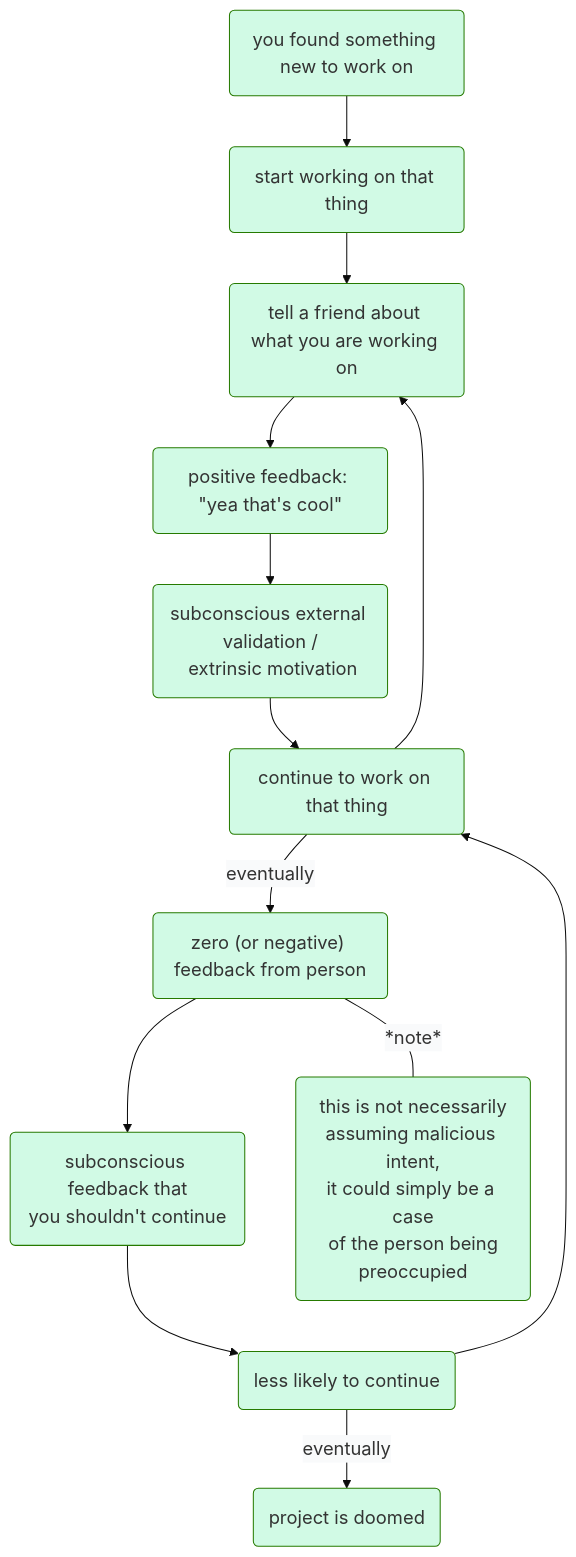
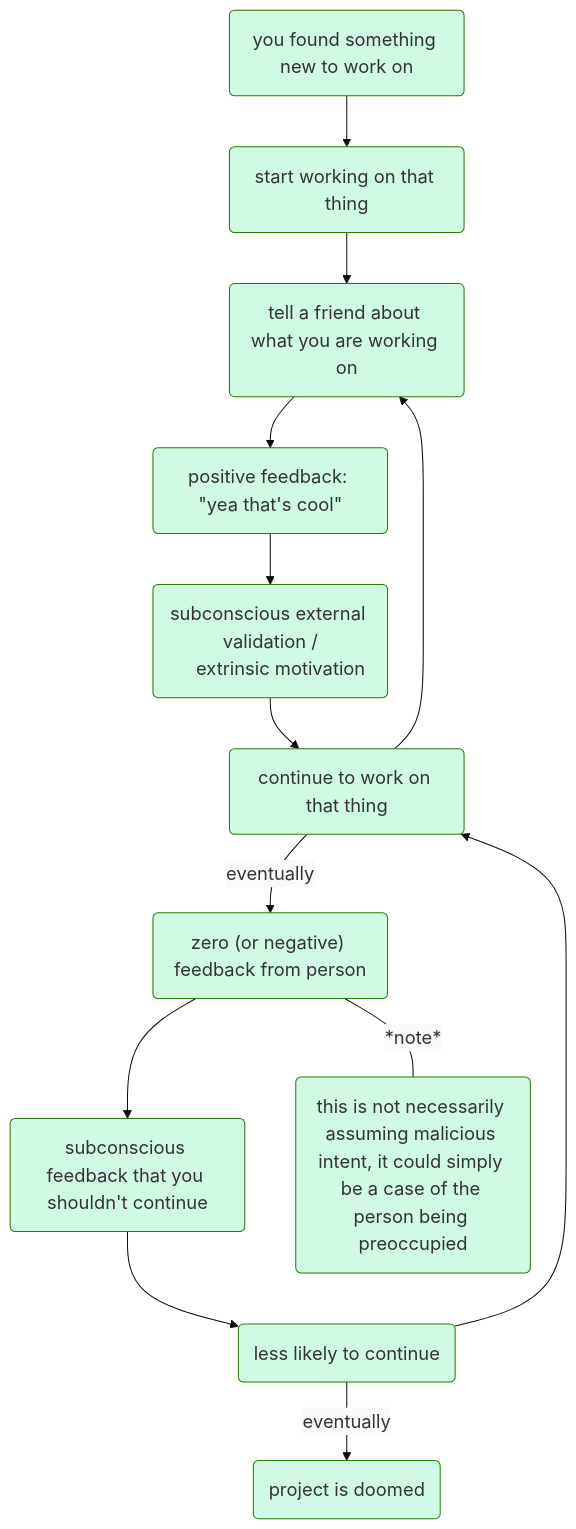
Before and after one commit to michael-aguilar-web/broccosite-v3: the first of 2 diagrams in brain-dump/2023-02-05-the-n2nbl-strategy.md, drawn with Mermaid. The commit also changed other lines of this file, not shown here.

Commit message:
fix bugged formatting

````diff
--- a/brain-dump/2023-02-05-the-n2nbl-strategy.md
+++ b/brain-dump/2023-02-05-the-n2nbl-strategy.md
@@ -19,30 +19,31 @@
 ```mermaid
 %%{
     init: {
         'theme': 'base',
         'themeVariables': {
             'fontFamily': 'Quicksand',
             'fontSize': '18px',
             'primaryColor': '#D1FAE5',
             'primaryBorderColor': '#267A00',
             'secondaryColor': '#F9FAFB'
         } ,
         'flowchart' : { 
             'curve' : 'bump' 
         }
     }
 }%%
 graph TD;
     A(you found something new to work on)-->B;
     B(start working on that thing)-->C;
     C(tell a friend about what you are working on)-->D;
     D("positive feedback: #quot;yea that's cool#quot;")-->E;
-    E(subconscious external validation /\n extrinsic motivation)-->F;
+    E(subconscious external validation /
+    extrinsic motivation)-->F;
     F(continue to work on that thing)-->C;
     F-- eventually -->G("zero (or negative) feedback from person");
-    G-->H(subconscious feedback that\nyou shouldn't continue);
+    G-->H(subconscious feedback that you shouldn't continue);
     H-->I(less likely to continue);
-    G-- *note* ---J(this is not necessarily\nassuming malicious intent,\nit could simply be a case\nof the person being\npreoccupied);
+    G-- *note* ---J(this is not necessarily assuming malicious intent, it could simply be a case of the person being preoccupied);
     I-->F;
     I-- eventually -->K(project is doomed);
 ```
````
